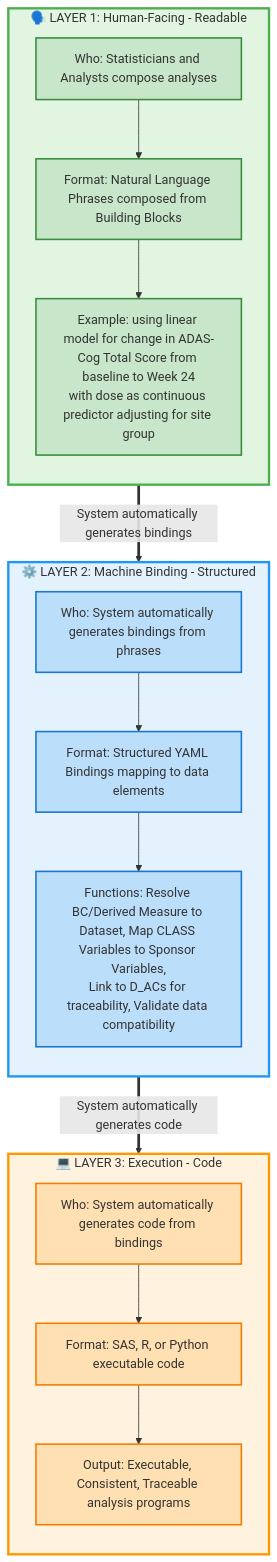
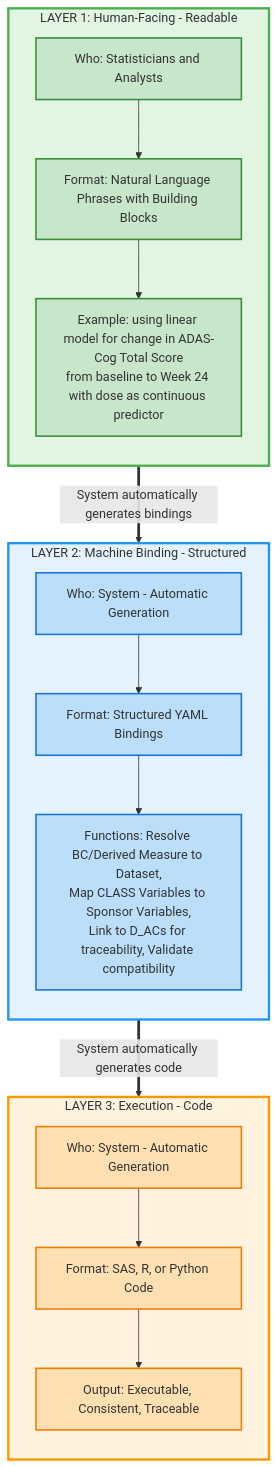
The diagram in neo4j/data/metadata/HYBRID_PHRASE_BASED_APPROACH.md (cdisc-org/analysis-concepts), drawn with Mermaid before and after one commit.

````diff
--- a/neo4j/data/metadata/HYBRID_PHRASE_BASED_APPROACH.md
+++ b/neo4j/data/metadata/HYBRID_PHRASE_BASED_APPROACH.md
@@ -15,41 +15,41 @@
 ```mermaid
 flowchart TD
-    subgraph Layer1["🗣️ LAYER 1: Human-Facing - Readable"]
+    subgraph Layer1["LAYER 1: Human-Facing - Readable"]
         direction TB
-        H1["Who: Statisticians and Analysts compose analyses"]
-        H2["Format: Natural Language Phrases composed from Building Blocks"]
-        H3["Example: using linear model for change in ADAS-Cog Total Score from baseline to Week 24<br/>with dose as continuous predictor adjusting for site group"]
+        H1["Who: Statisticians and Analysts"]
+        H2["Format: Natural Language Phrases with Building Blocks"]
+        H3["Example: using linear model for change in ADAS-Cog Total Score<br/>from baseline to Week 24 with dose as continuous predictor"]
         H1 --> H2 --> H3
     end
 
-    subgraph Layer2["⚙️ LAYER 2: Machine Binding - Structured"]
+    subgraph Layer2["LAYER 2: Machine Binding - Structured"]
         direction TB
-        M1["Who: System automatically generates bindings from phrases"]
-        M2["Format: Structured YAML Bindings mapping to data elements"]
-        M3["Functions: Resolve BC/Derived Measure to Dataset, Map CLASS Variables to Sponsor Variables,<br/>Link to D_ACs for traceability, Validate data compatibility"]
+        M1["Who: System - Automatic Generation"]
+        M2["Format: Structured YAML Bindings"]
+        M3["Functions: Resolve BC/Derived Measure to Dataset,<br/>Map CLASS Variables to Sponsor Variables,<br/>Link to D_ACs for traceability, Validate compatibility"]
         M1 --> M2 --> M3
     end
 
-    subgraph Layer3["💻 LAYER 3: Execution - Code"]
+    subgraph Layer3["LAYER 3: Execution - Code"]
         direction TB
-        E1["Who: System automatically generates code from bindings"]
-        E2["Format: SAS, R, or Python executable code"]
-        E3["Output: Executable, Consistent, Traceable analysis programs"]
+        E1["Who: System - Automatic Generation"]
+        E2["Format: SAS, R, or Python Code"]
+        E3["Output: Executable, Consistent, Traceable"]
         E1 --> E2 --> E3
     end
 
     Layer1 ==>|System automatically generates bindings| Layer2
     Layer2 ==>|System automatically generates code| Layer3
 
     style Layer1 fill:#e1f5e1,stroke:#4caf50,stroke-width:3px
     style Layer2 fill:#e3f2fd,stroke:#2196f3,stroke-width:3px
     style Layer3 fill:#fff3e0,stroke:#ff9800,stroke-width:3px
 
-    classDef humanBox fill:#c8e6c9,stroke:#388e3c,stroke-width:2px
-    classDef machineBox fill:#bbdefb,stroke:#1976d2,stroke-width:2px
-    classDef codeBox fill:#ffe0b2,stroke:#f57c00,stroke-width:2px
+    classDef humanBox fill:#c8e6c9,stroke:#388e3c,stroke-width:2px,min-width:400px
+    classDef machineBox fill:#bbdefb,stroke:#1976d2,stroke-width:2px,min-width:400px
+    classDef codeBox fill:#ffe0b2,stroke:#f57c00,stroke-width:2px,min-width:400px
 
     class H1,H2,H3 humanBox
     class M1,M2,M3 machineBox
     class E1,E2,E3 codeBox
 ```
````
